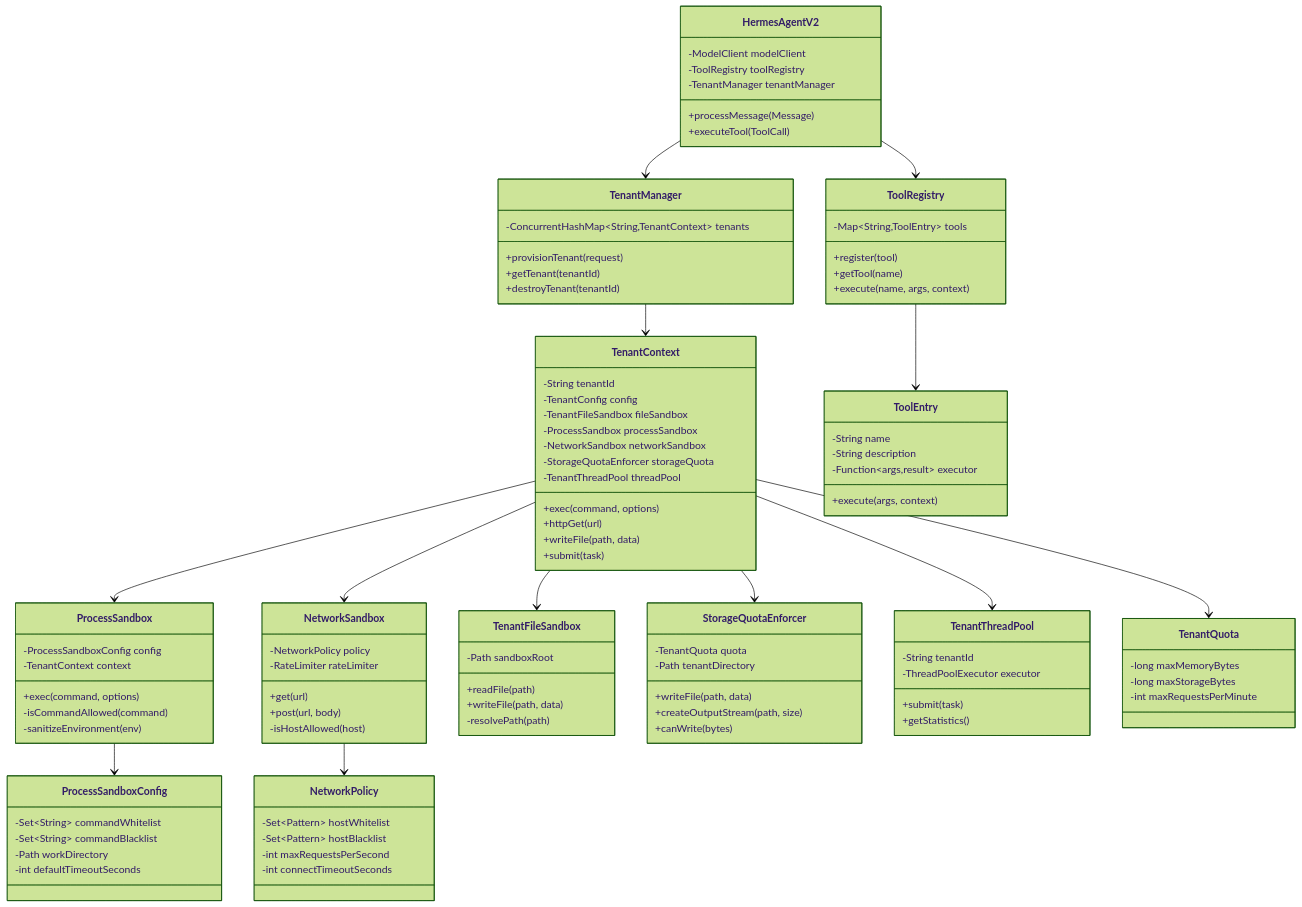
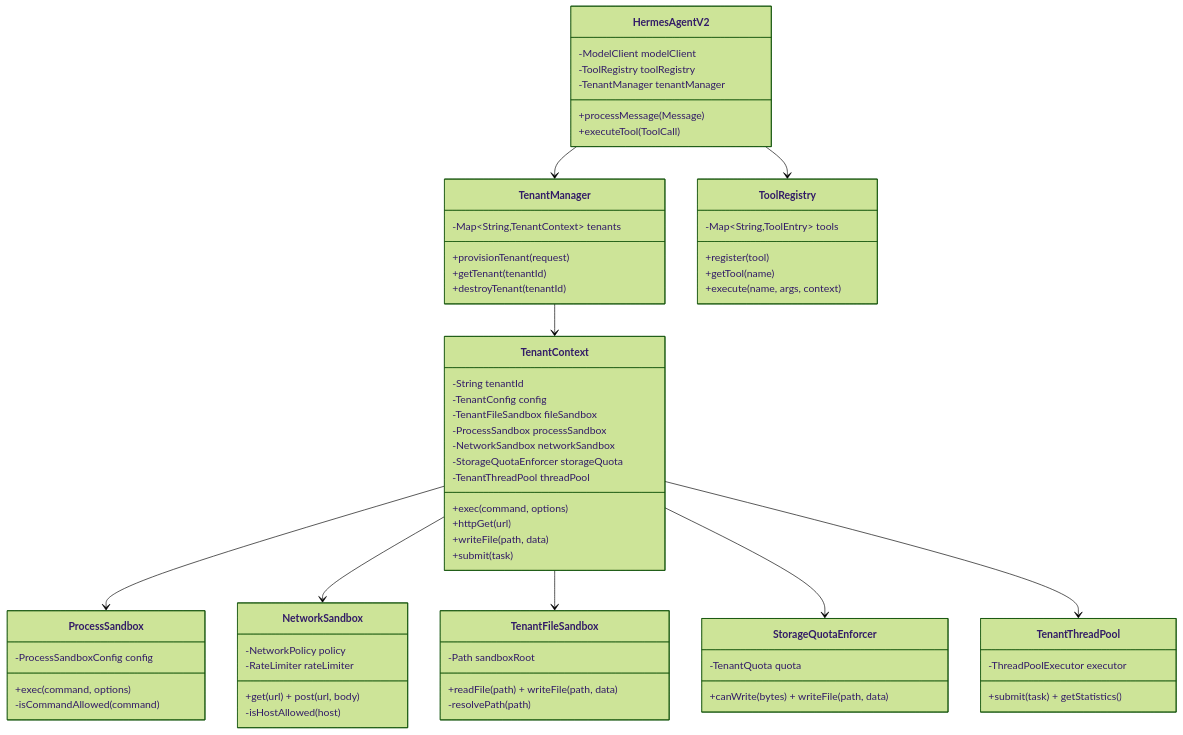
Before and after one commit to liudaac/hermes-agent-java: the ninth of 11 diagrams in docs/ARCHITECTURE.md, drawn with Mermaid (forest theme). The commit also changed other lines of this file and 31 other files, not shown here.

````diff
--- a/docs/ARCHITECTURE.md
+++ b/docs/ARCHITECTURE.md
@@ -840,14 +364,12 @@
         +processMessage(Message)
         +executeTool(ToolCall)
     }
-
     class TenantManager {
-        -ConcurrentHashMap~String,TenantContext~ tenants
+        -Map~String,TenantContext~ tenants
         +provisionTenant(request)
         +getTenant(tenantId)
         +destroyTenant(tenantId)
     }
-
     class TenantContext {
         -String tenantId
         -TenantConfig config
@@ -861,89 +383,43 @@
         +writeFile(path, data)
         +submit(task)
     }
-
     class ToolRegistry {
         -Map~String,ToolEntry~ tools
         +register(tool)
         +getTool(name)
         +execute(name, args, context)
     }
-
-    class ToolEntry {
-        -String name
-        -String description
-        -Function~args,result~ executor
-        +execute(args, context)
-    }
-
     class ProcessSandbox {
         -ProcessSandboxConfig config
-        -TenantContext context
         +exec(command, options)
         -isCommandAllowed(command)
-        -sanitizeEnvironment(env)
     }
-
     class NetworkSandbox {
         -NetworkPolicy policy
         -RateLimiter rateLimiter
-        +get(url)
-        +post(url, body)
+        +get(url) + post(url, body)
         -isHostAllowed(host)
     }
-
     class TenantFileSandbox {
         -Path sandboxRoot
-        +readFile(path)
-        +writeFile(path, data)
+        +readFile(path) + writeFile(path, data)
         -resolvePath(path)
     }
-
     class StorageQuotaEnforcer {
         -TenantQuota quota
-        -Path tenantDirectory
-        +writeFile(path, data)
-        +createOutputStream(path, size)
-        +canWrite(bytes)
+        +canWrite(bytes) + writeFile(path, data)
     }
-
     class TenantThreadPool {
-        -String tenantId
         -ThreadPoolExecutor executor
-        +submit(task)
-        +getStatistics()
-    }
-
-    class ProcessSandboxConfig {
-        -Set~String~ commandWhitelist
-        -Set~String~ commandBlacklist
-        -Path workDirectory
-        -int defaultTimeoutSeconds
-    }
-
-    class NetworkPolicy {
-        -Set~Pattern~ hostWhitelist
-        -Set~Pattern~ hostBlacklist
-        -int maxRequestsPerSecond
-        -int connectTimeoutSeconds
-    }
-
-    class TenantQuota {
-        -long maxMemoryBytes
-        -long maxStorageBytes
-        -int maxRequestsPerMinute
+        +submit(task) + getStatistics()
     }
 
     HermesAgentV2 --> TenantManager
     HermesAgentV2 --> ToolRegistry
     TenantManager --> TenantContext
-    ToolRegistry --> ToolEntry
     TenantContext --> ProcessSandbox
     TenantContext --> NetworkSandbox
     TenantContext --> TenantFileSandbox
     TenantContext --> StorageQuotaEnforcer
     TenantContext --> TenantThreadPool
-    ProcessSandbox --> ProcessSandboxConfig
-    NetworkSandbox --> NetworkPolicy
-    TenantContext --> TenantQuota
 ```
````
